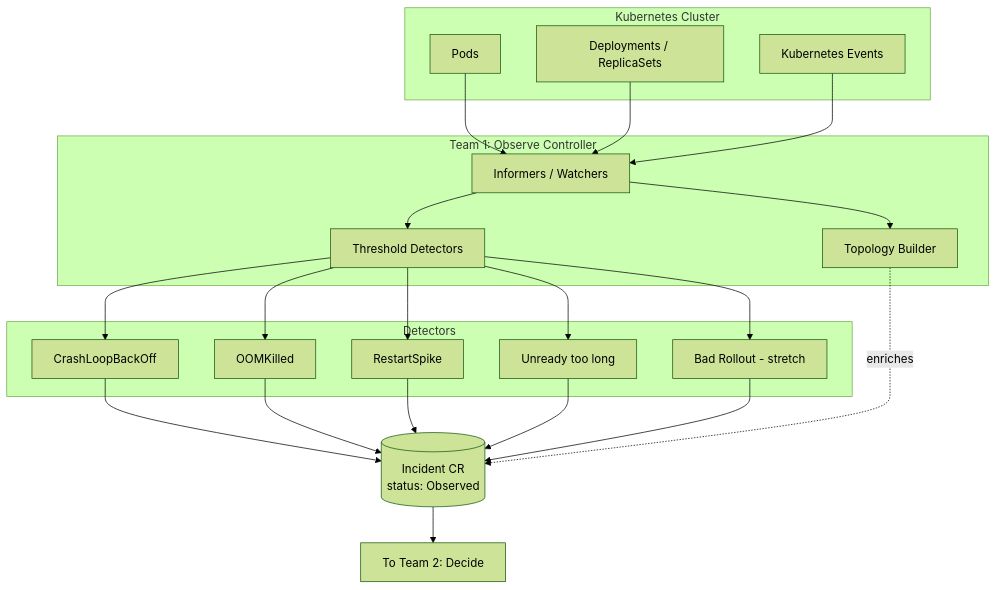
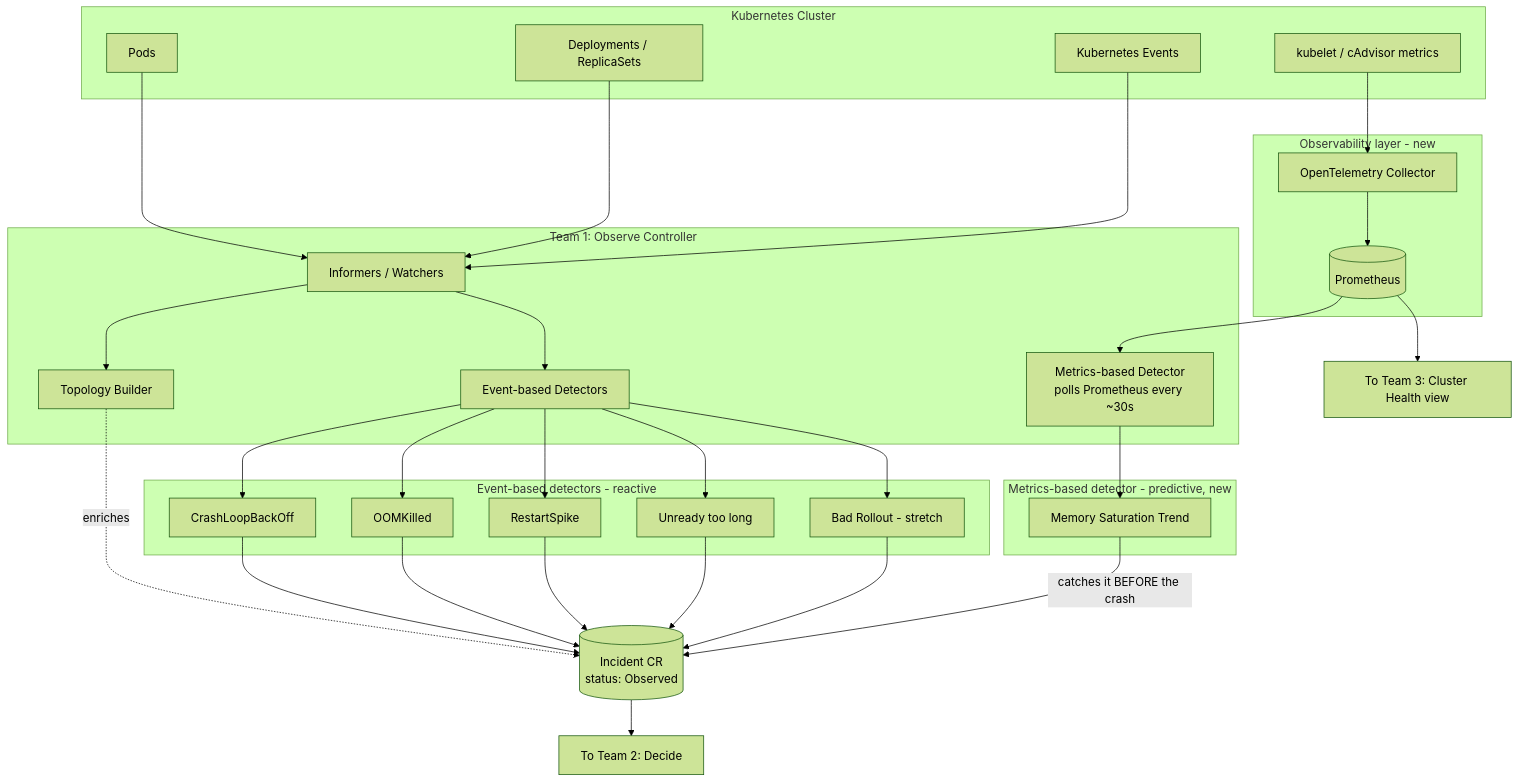
One commit to maheshkhond11/Observability changed the first of 4 diagrams in poc-planning/05-Team-Architecture-Diagrams.md. Above: the diagram before and after it, drawn with Mermaid (forest theme). The commit also changed other lines of this file and 4 other files, not shown here.

First line of the commit message:
Add observability layer and predictive detector per team feedback

````diff
--- a/poc-planning/05-Team-Architecture-Diagrams.md
+++ b/poc-planning/05-Team-Architecture-Diagrams.md
@@ -9,42 +11,58 @@
 ```mermaid
 flowchart TB
     subgraph K8S[Kubernetes Cluster]
         Pods[Pods]
         Deploys[Deployments / ReplicaSets]
         Events[Kubernetes Events]
+        Kubelet[kubelet / cAdvisor metrics]
+    end
+
+    subgraph Obs[Observability layer - new]
+        OTel[OpenTelemetry Collector]
+        Prom[(Prometheus)]
     end
 
     subgraph Observe[Team 1: Observe Controller]
         Informers[Informers / Watchers]
         Topo[Topology Builder]
-        Detectors[Threshold Detectors]
+        Detectors[Event-based Detectors]
+        MetricDet[Metrics-based Detector\npolls Prometheus every ~30s]
     end
 
-    subgraph Detect[Detectors]
+    subgraph Detect[Event-based detectors - reactive]
         D1[CrashLoopBackOff]
         D2[OOMKilled]
         D3[RestartSpike]
         D4[Unready too long]
         D5[Bad Rollout - stretch]
     end
 
+    subgraph DetectM[Metrics-based detector - predictive, new]
+        D6[Memory Saturation Trend]
+    end
+
     Pods --> Informers
     Deploys --> Informers
     Events --> Informers
+    Kubelet --> OTel --> Prom
     Informers --> Topo
     Informers --> Detectors
+    Prom --> MetricDet
     Detectors --> D1
     Detectors --> D2
     Detectors --> D3
     Detectors --> D4
     Detectors --> D5
+    MetricDet --> D6
 
     D1 --> Incident[(Incident CR\nstatus: Observed)]
     D2 --> Incident
     D3 --> Incident
     D4 --> Incident
     D5 --> Incident
+    D6 -->|catches it BEFORE the crash| Incident
 
     Topo -. enriches .-> Incident
     Incident --> Downstream[To Team 2: Decide]
+    Prom --> DashFeed[To Team 3: Cluster Health view]
 ```
````
